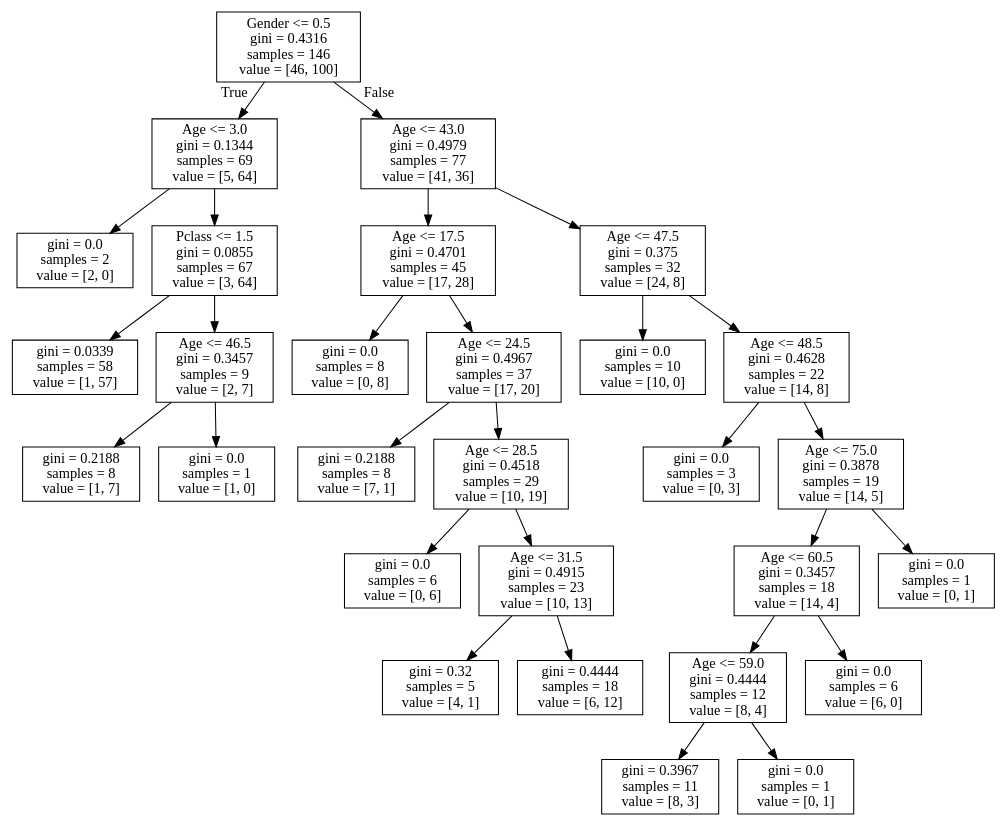
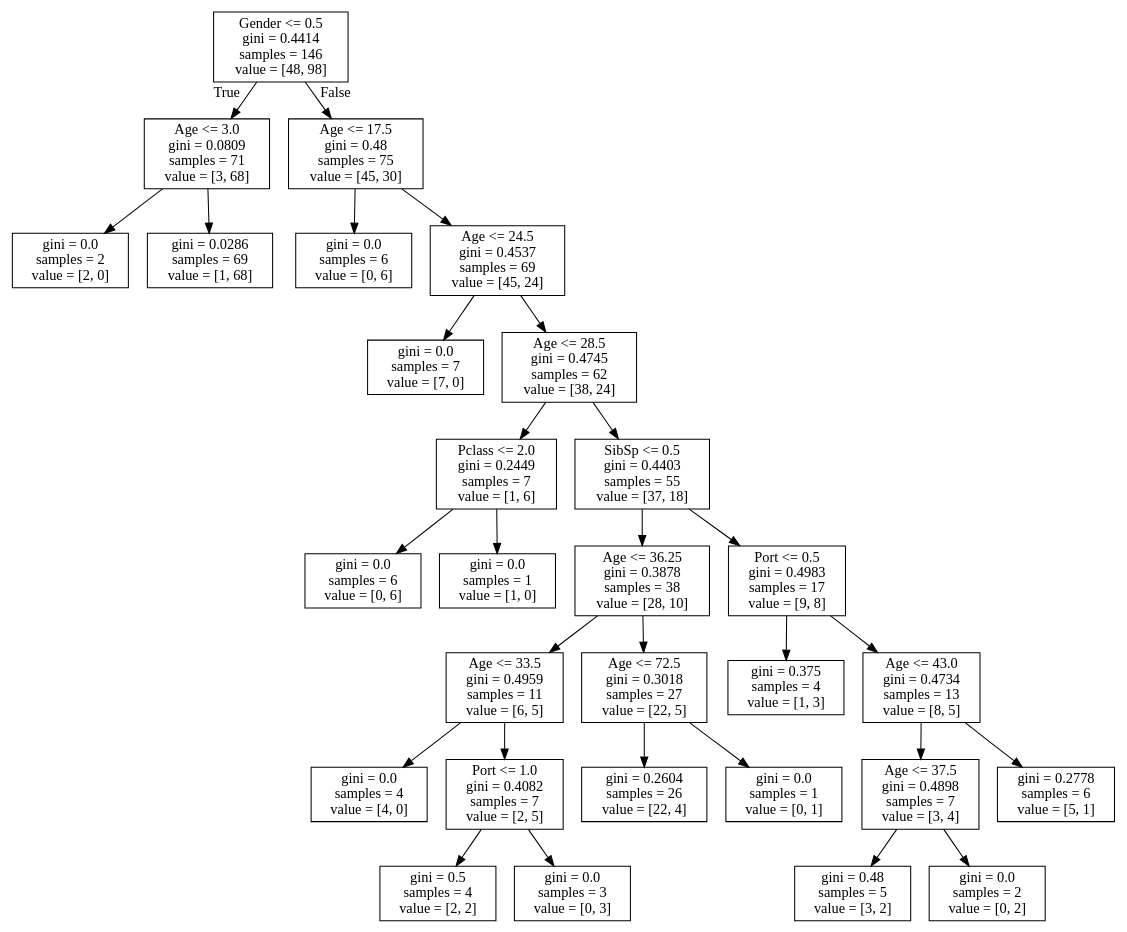
One commit to soumasish/kaggle-predicting-titanic-survival-rate changed the diagram in out/titanic.dot. Above: the diagram before and after it, drawn with Graphviz. The commit also changed 1 other file, not shown here.

```diff
--- a/out/titanic.dot
+++ b/out/titanic.dot
@@ -1,60 +1,60 @@
 digraph Tree {
 node [shape=box] ;
-0 [label="Gender <= 0.5\ngini = 0.4316\nsamples = 146\nvalue = [46, 100]"] ;
-1 [label="Age <= 3.0\ngini = 0.1344\nsamples = 69\nvalue = [5, 64]"] ;
+0 [label="Gender <= 0.5\ngini = 0.4414\nsamples = 146\nvalue = [48, 98]"] ;
+1 [label="Age <= 3.0\ngini = 0.0809\nsamples = 71\nvalue = [3, 68]"] ;
 0 -> 1 [labeldistance=2.5, labelangle=45, headlabel="True"] ;
 5 [label="gini = 0.0\nsamples = 2\nvalue = [2, 0]"] ;
 1 -> 5 ;
-6 [label="Pclass <= 1.5\ngini = 0.0855\nsamples = 67\nvalue = [3, 64]"] ;
+6 [label="gini = 0.0286\nsamples = 69\nvalue = [1, 68]"] ;
 1 -> 6 ;
-25 [label="gini = 0.0339\nsamples = 58\nvalue = [1, 57]"] ;
-6 -> 25 ;
-26 [label="Age <= 46.5\ngini = 0.3457\nsamples = 9\nvalue = [2, 7]"] ;
-6 -> 26 ;
-27 [label="gini = 0.2188\nsamples = 8\nvalue = [1, 7]"] ;
-26 -> 27 ;
-28 [label="gini = 0.0\nsamples = 1\nvalue = [1, 0]"] ;
-26 -> 28 ;
-2 [label="Age <= 43.0\ngini = 0.4979\nsamples = 77\nvalue = [41, 36]"] ;
+2 [label="Age <= 17.5\ngini = 0.48\nsamples = 75\nvalue = [45, 30]"] ;
 0 -> 2 [labeldistance=2.5, labelangle=-45, headlabel="False"] ;
-3 [label="Age <= 17.5\ngini = 0.4701\nsamples = 45\nvalue = [17, 28]"] ;
+3 [label="gini = 0.0\nsamples = 6\nvalue = [0, 6]"] ;
 2 -> 3 ;
-7 [label="gini = 0.0\nsamples = 8\nvalue = [0, 8]"] ;
-3 -> 7 ;
-8 [label="Age <= 24.5\ngini = 0.4967\nsamples = 37\nvalue = [17, 20]"] ;
-3 -> 8 ;
-9 [label="gini = 0.2188\nsamples = 8\nvalue = [7, 1]"] ;
+4 [label="Age <= 24.5\ngini = 0.4537\nsamples = 69\nvalue = [45, 24]"] ;
+2 -> 4 ;
+7 [label="gini = 0.0\nsamples = 7\nvalue = [7, 0]"] ;
+4 -> 7 ;
+8 [label="Age <= 28.5\ngini = 0.4745\nsamples = 62\nvalue = [38, 24]"] ;
+4 -> 8 ;
+9 [label="Pclass <= 2.0\ngini = 0.2449\nsamples = 7\nvalue = [1, 6]"] ;
 8 -> 9 ;
-10 [label="Age <= 28.5\ngini = 0.4518\nsamples = 29\nvalue = [10, 19]"] ;
+11 [label="gini = 0.0\nsamples = 6\nvalue = [0, 6]"] ;
+9 -> 11 ;
+12 [label="gini = 0.0\nsamples = 1\nvalue = [1, 0]"] ;
+9 -> 12 ;
+10 [label="SibSp <= 0.5\ngini = 0.4403\nsamples = 55\nvalue = [37, 18]"] ;
 8 -> 10 ;
-15 [label="gini = 0.0\nsamples = 6\nvalue = [0, 6]"] ;
-10 -> 15 ;
-16 [label="Age <= 31.5\ngini = 0.4915\nsamples = 23\nvalue = [10, 13]"] ;
-10 -> 16 ;
-17 [label="gini = 0.32\nsamples = 5\nvalue = [4, 1]"] ;
-16 -> 17 ;
-18 [label="gini = 0.4444\nsamples = 18\nvalue = [6, 12]"] ;
-16 -> 18 ;
-4 [label="Age <= 47.5\ngini = 0.375\nsamples = 32\nvalue = [24, 8]"] ;
-2 -> 4 ;
-11 [label="gini = 0.0\nsamples = 10\nvalue = [10, 0]"] ;
-4 -> 11 ;
-12 [label="Age <= 48.5\ngini = 0.4628\nsamples = 22\nvalue = [14, 8]"] ;
-4 -> 12 ;
-13 [label="gini = 0.0\nsamples = 3\nvalue = [0, 3]"] ;
-12 -> 13 ;
-14 [label="Age <= 75.0\ngini = 0.3878\nsamples = 19\nvalue = [14, 5]"] ;
-12 -> 14 ;
-19 [label="Age <= 60.5\ngini = 0.3457\nsamples = 18\nvalue = [14, 4]"] ;
-14 -> 19 ;
-21 [label="Age <= 59.0\ngini = 0.4444\nsamples = 12\nvalue = [8, 4]"] ;
-19 -> 21 ;
-23 [label="gini = 0.3967\nsamples = 11\nvalue = [8, 3]"] ;
-21 -> 23 ;
-24 [label="gini = 0.0\nsamples = 1\nvalue = [0, 1]"] ;
-21 -> 24 ;
-22 [label="gini = 0.0\nsamples = 6\nvalue = [6, 0]"] ;
-19 -> 22 ;
+13 [label="Age <= 36.25\ngini = 0.3878\nsamples = 38\nvalue = [28, 10]"] ;
+10 -> 13 ;
+15 [label="Age <= 33.5\ngini = 0.4959\nsamples = 11\nvalue = [6, 5]"] ;
+13 -> 15 ;
+17 [label="gini = 0.0\nsamples = 4\nvalue = [4, 0]"] ;
+15 -> 17 ;
+18 [label="Port <= 1.0\ngini = 0.4082\nsamples = 7\nvalue = [2, 5]"] ;
+15 -> 18 ;
+21 [label="gini = 0.5\nsamples = 4\nvalue = [2, 2]"] ;
+18 -> 21 ;
+22 [label="gini = 0.0\nsamples = 3\nvalue = [0, 3]"] ;
+18 -> 22 ;
+16 [label="Age <= 72.5\ngini = 0.3018\nsamples = 27\nvalue = [22, 5]"] ;
+13 -> 16 ;
+19 [label="gini = 0.2604\nsamples = 26\nvalue = [22, 4]"] ;
+16 -> 19 ;
 20 [label="gini = 0.0\nsamples = 1\nvalue = [0, 1]"] ;
-14 -> 20 ;
+16 -> 20 ;
+14 [label="Port <= 0.5\ngini = 0.4983\nsamples = 17\nvalue = [9, 8]"] ;
+10 -> 14 ;
+23 [label="gini = 0.375\nsamples = 4\nvalue = [1, 3]"] ;
+14 -> 23 ;
+24 [label="Age <= 43.0\ngini = 0.4734\nsamples = 13\nvalue = [8, 5]"] ;
+14 -> 24 ;
+25 [label="Age <= 37.5\ngini = 0.4898\nsamples = 7\nvalue = [3, 4]"] ;
+24 -> 25 ;
+27 [label="gini = 0.48\nsamples = 5\nvalue = [3, 2]"] ;
+25 -> 27 ;
+28 [label="gini = 0.0\nsamples = 2\nvalue = [0, 2]"] ;
+25 -> 28 ;
+26 [label="gini = 0.2778\nsamples = 6\nvalue = [5, 1]"] ;
+24 -> 26 ;
 }
```
